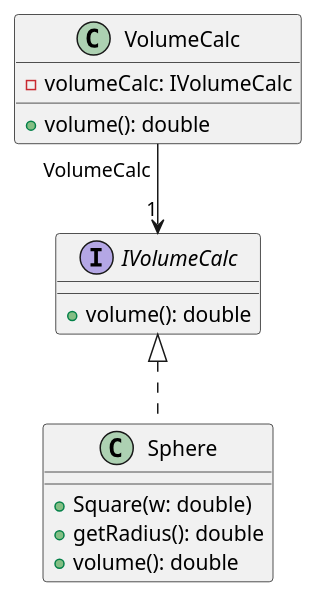
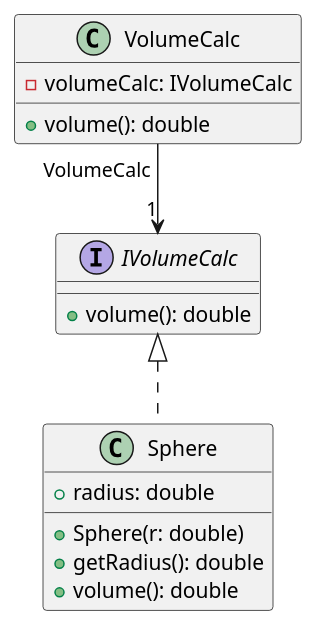
One commit to nicholasnikolov90/ENSF_607_Assignment4 changed the diagram in src/D_Principle/D_Principle.md. Above: the diagram before and after it, drawn with PlantUML. The commit also changed 3 other files, not shown here.

```diff
--- a/src/D_Principle/D_Principle.md
+++ b/src/D_Principle/D_Principle.md
@@ -1,21 +1,22 @@
 @startuml
 
 interface IVolumeCalc {
 +volume(): double
 }
 
 class VolumeCalc{
 -volumeCalc: IVolumeCalc
 + volume(): double
 }
 
 class Sphere{
-+ Square(w: double)
++radius: double
++ Sphere(r: double)
 + getRadius(): double
 + volume(): double
 }
 
 VolumeCalc "VolumeCalc" --> "1" IVolumeCalc
 Class Sphere implements IVolumeCalc
 
 @enduml
```
